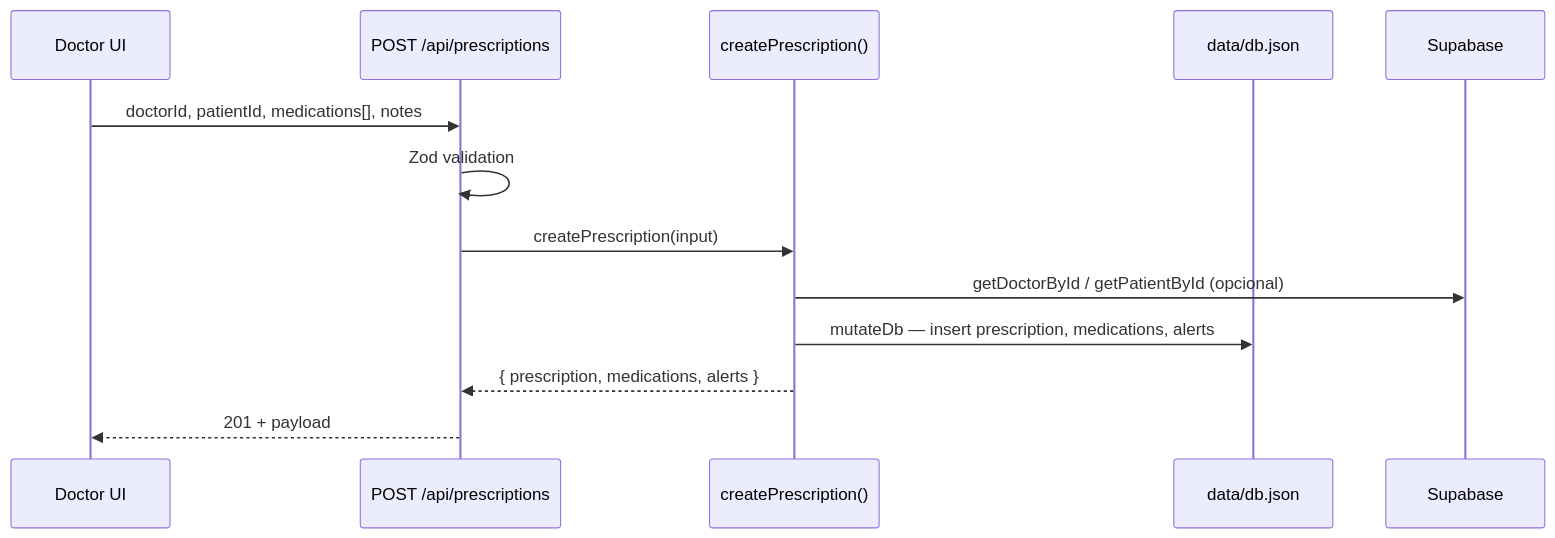
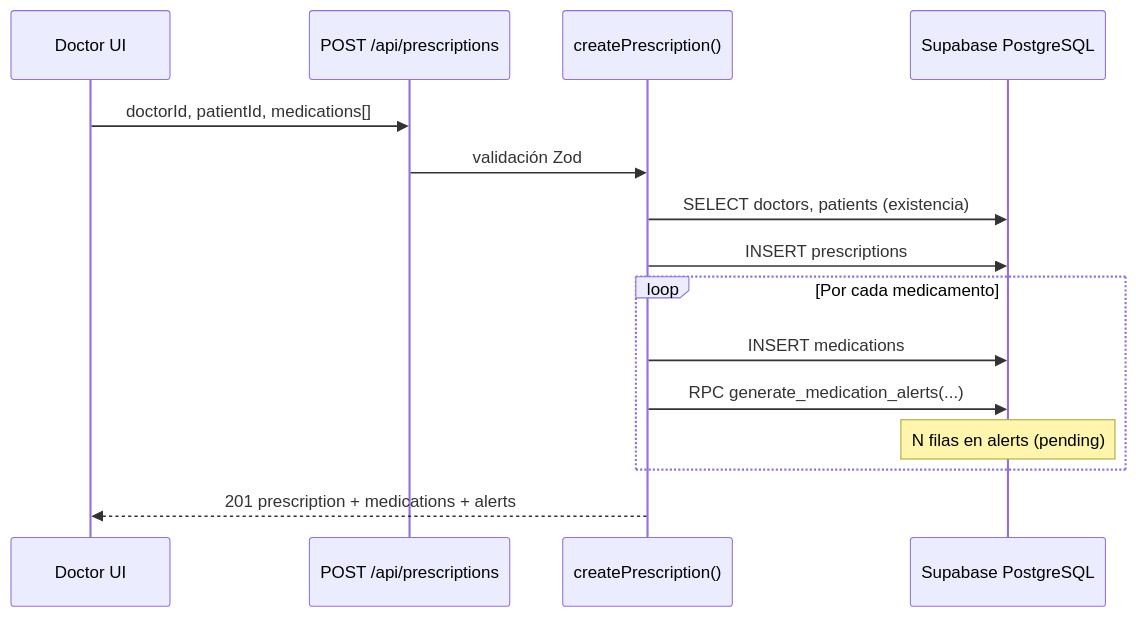
The second of 4 diagrams in docs/analisis-sistema.md (l23210542-lab/health-harmony-portal), drawn with Mermaid before and after one commit. The commit also changed other lines of this file and 9 other files, not shown here.

````diff
--- a/docs/analisis-sistema.md
+++ b/docs/analisis-sistema.md
@@ -246,16 +361,18 @@
 ```mermaid
 sequenceDiagram
-  participant D as Doctor UI
+  participant UI as Doctor UI
   participant API as POST /api/prescriptions
-  participant P as createPrescription()
-  participant DB as data/db.json
-  participant SB as Supabase
+  participant App as createPrescription()
+  participant DB as Supabase PostgreSQL
 
-  D->>API: doctorId, patientId, medications[], notes
-  API->>API: Zod validation
-  API->>P: createPrescription(input)
-  P->>SB: getDoctorById / getPatientById (opcional)
-  P->>DB: mutateDb — insert prescription, medications, alerts
-  P-->>API: { prescription, medications, alerts }
-  API-->>D: 201 + payload
+  UI->>API: doctorId, patientId, medications[]
+  API->>App: validación Zod
+  App->>DB: SELECT doctors, patients (existencia)
+  App->>DB: INSERT prescriptions
+  loop Por cada medicamento
+    App->>DB: INSERT medications
+    App->>DB: RPC generate_medication_alerts(...)
+    Note over DB: N filas en alerts (pending)
+  end
+  App-->>UI: 201 prescription + medications + alerts
 ```
````
